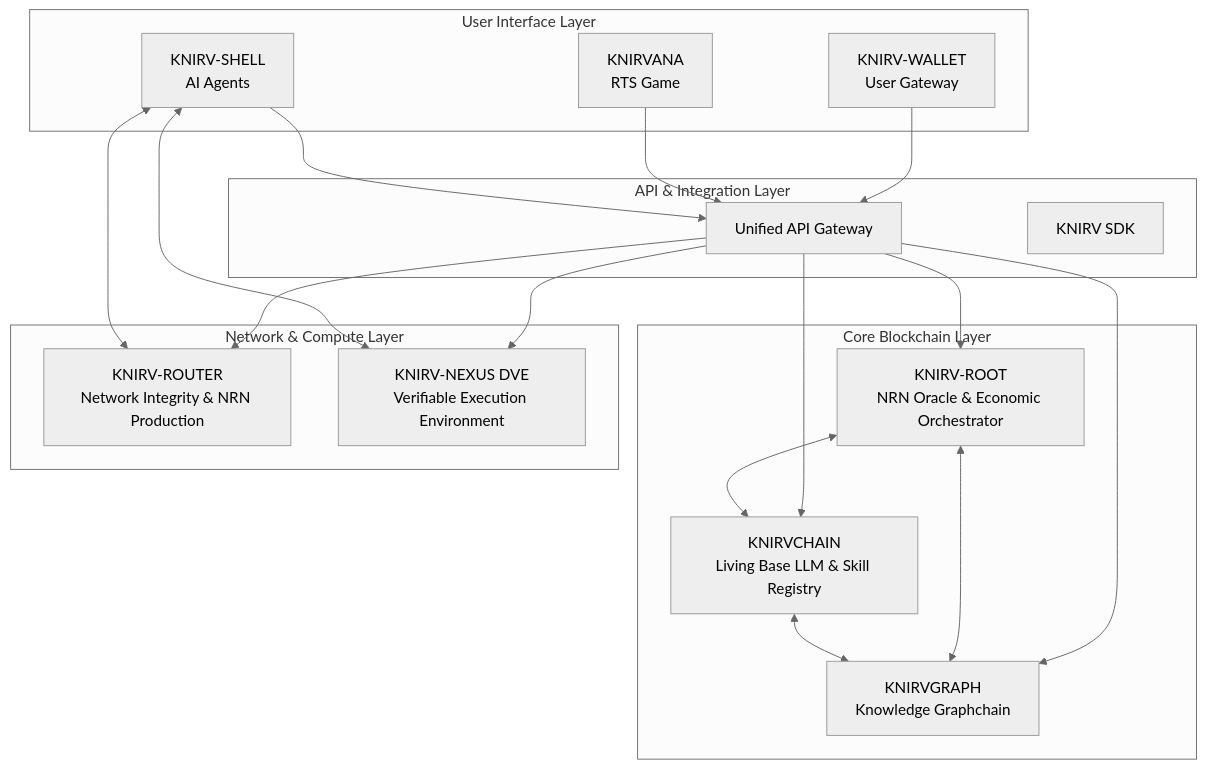
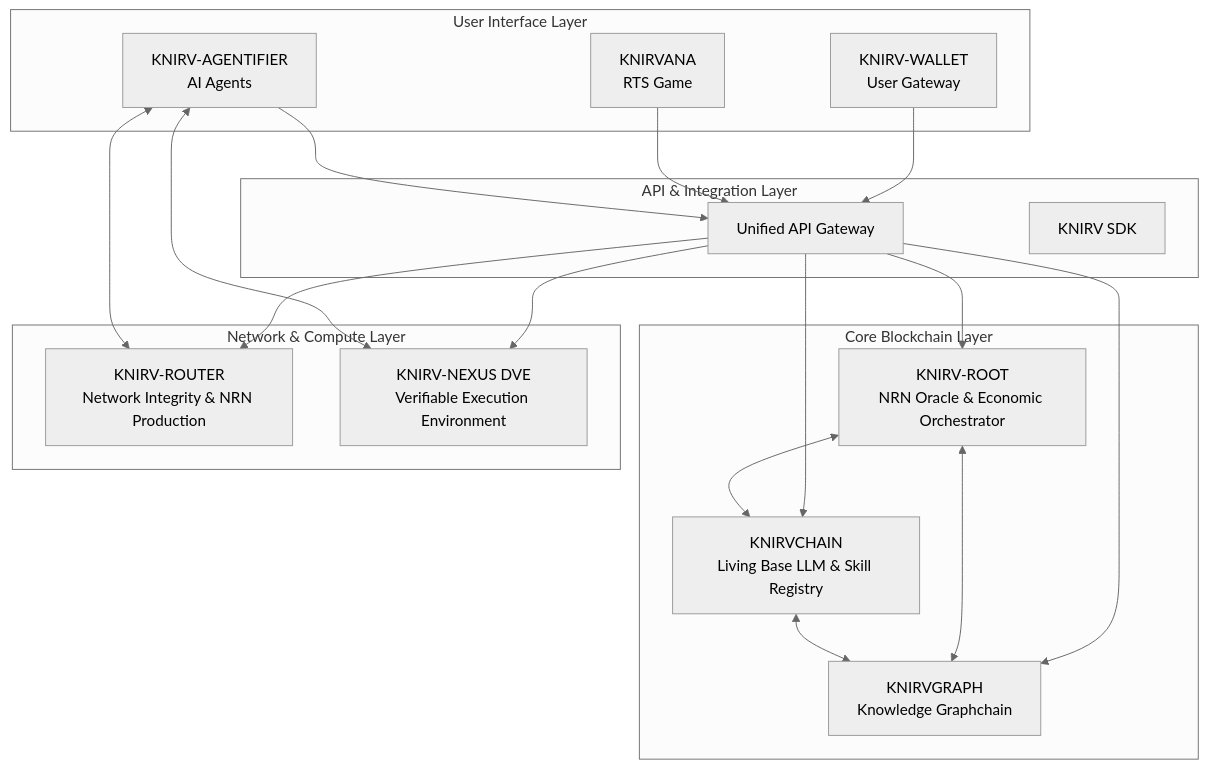
One commit to guiperry/KNIRV_NETWORK changed the diagram in README.md. Above: the diagram before and after it, drawn with Mermaid (neutral theme). The commit also changed other lines of this file and 4016 other files, not shown here.

````diff
--- a/README.md
+++ b/README.md
@@ -47,38 +47,38 @@
 ```mermaid
 graph TB
     subgraph "User Interface Layer"
         KW[KNIRV-WALLET<br/>User Gateway]
         KN[KNIRVANA<br/>RTS Game]
-        KS[KNIRV-SHELL<br/>AI Agents]
+        KS[KNIRV-AGENTIFIER<br/>AI Agents]
     end
     
     subgraph "API & Integration Layer"
         AG[Unified API Gateway]
         SDK[KNIRV SDK]
     end
     
     subgraph "Core Blockchain Layer"
         KR[KNIRV-ROOT<br/>NRN Oracle & Economic Orchestrator]
         KC[KNIRVCHAIN<br/>Living Base LLM & Skill Registry]
         KG[KNIRVGRAPH<br/>Knowledge Graphchain]
     end
     
     subgraph "Network & Compute Layer"
         KROUTER[KNIRV-ROUTER<br/>Network Integrity & NRN Production]
         KNEXUS[KNIRV-NEXUS DVE<br/>Verifiable Execution Environment]
     end
     
     KW --> AG
     KN --> AG
     KS --> AG
     AG --> KR
     AG --> KC
     AG --> KG
     AG --> KROUTER
     AG --> KNEXUS
     KR <--> KC
     KR <--> KG
     KC <--> KG
     KS <--> KNEXUS
     KS <--> KROUTER
 ```
````
